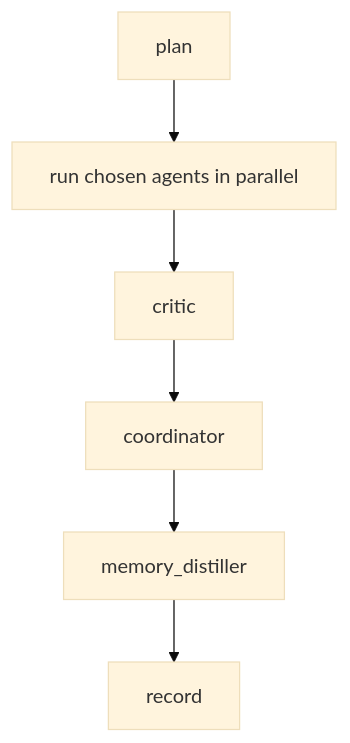
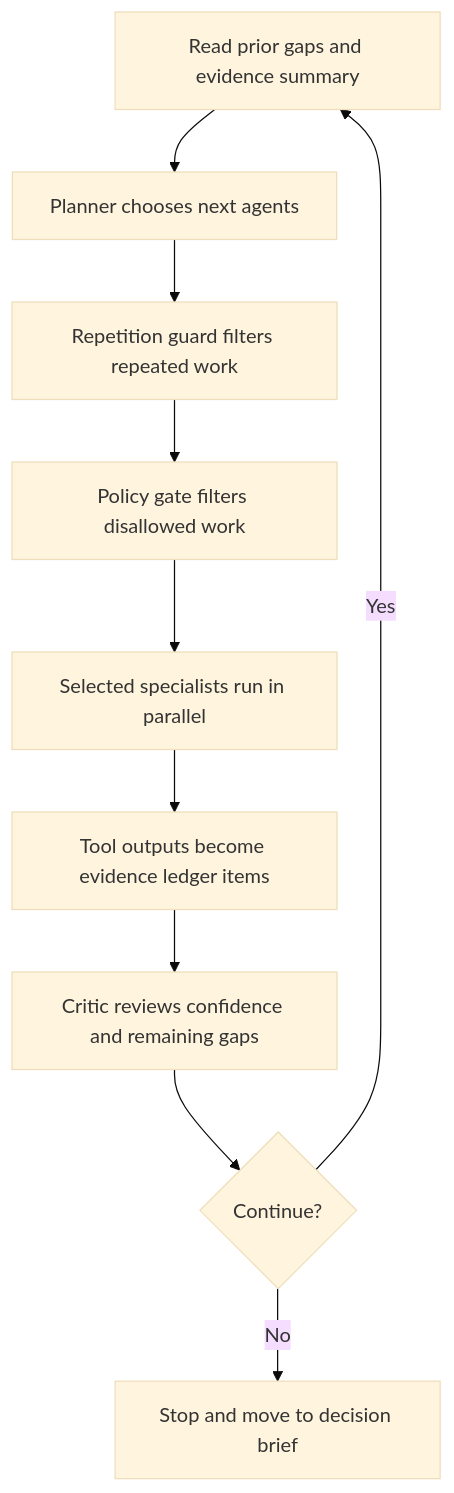
The second of 2 diagrams in docs/AGENT_SYSTEM_STUDY_NOTES.md (chiaweiwoo/retail-insight-agent), drawn with Mermaid (base theme) before and after one commit. The commit also changed other lines of this file and 5 other files, not shown here.

````diff
--- a/docs/AGENT_SYSTEM_STUDY_NOTES.md
+++ b/docs/AGENT_SYSTEM_STUDY_NOTES.md
@@ -368,8 +582,12 @@
 ```mermaid
 flowchart TD
-    A["plan"] --> B["run chosen agents in parallel"]
-    B --> C["critic"]
-    C --> D["coordinator"]
-    D --> E["memory_distiller"]
-    E --> F["record"]
+    A["Read prior gaps and evidence summary"] --> B["Planner chooses next agents"]
+    B --> C["Repetition guard filters repeated work"]
+    C --> D["Policy gate filters disallowed work"]
+    D --> E["Selected specialists run in parallel"]
+    E --> F["Tool outputs become evidence ledger items"]
+    F --> G["Critic reviews confidence and remaining gaps"]
+    G --> H{"Continue?"}
+    H -->|Yes| A
+    H -->|No| I["Stop and move to decision brief"]
 ```
````
